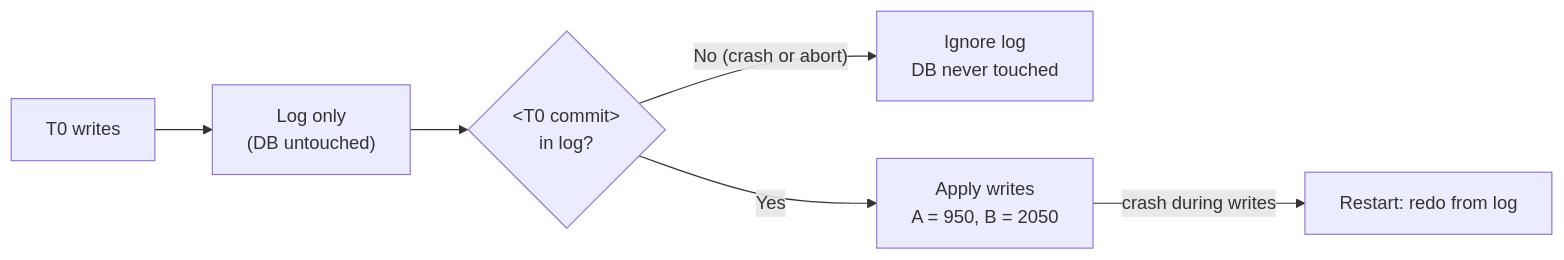
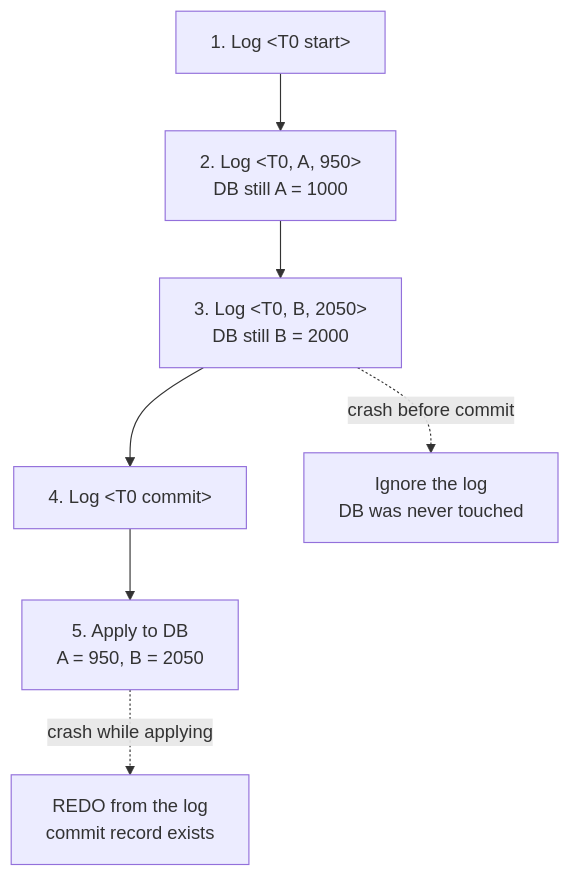
One commit to aaryan-pradhan/core-cs-fundamentals changed the sixth of 9 diagrams in dbms/13-atomicity-durability.md. Above: the diagram before and after it, drawn with Mermaid. The commit also changed other lines of this file, not shown here.

````diff
--- a/dbms/13-atomicity-durability.md
+++ b/dbms/13-atomicity-durability.md
@@ -112,7 +94,6 @@
 ```mermaid
-flowchart LR
-  T["T0 writes"] --> L["Log only<br/>(DB untouched)"] --> C{"&lt;T0 commit&gt;<br/>in log?"}
-  C -- "No (crash or abort)" --> I["Ignore log<br/>DB never touched"]
-  C -- "Yes" --> W["Apply writes<br/>A = 950, B = 2050"]
-  W -- "crash during writes" --> R["Restart: redo from log"]
+flowchart TB
+  S1["1. Log &lt;T0 start&gt;"] --> S2["2. Log &lt;T0, A, 950&gt;<br/>DB still A = 1000"] --> S3["3. Log &lt;T0, B, 2050&gt;<br/>DB still B = 2000"] --> S4["4. Log &lt;T0 commit&gt;"] --> S5["5. Apply to DB<br/>A = 950, B = 2050"]
+  S3 -. "crash before commit" .-> I["Ignore the log<br/>DB was never touched"]
+  S5 -. "crash while applying" .-> R["REDO from the log<br/>commit record exists"]
 ```
````
